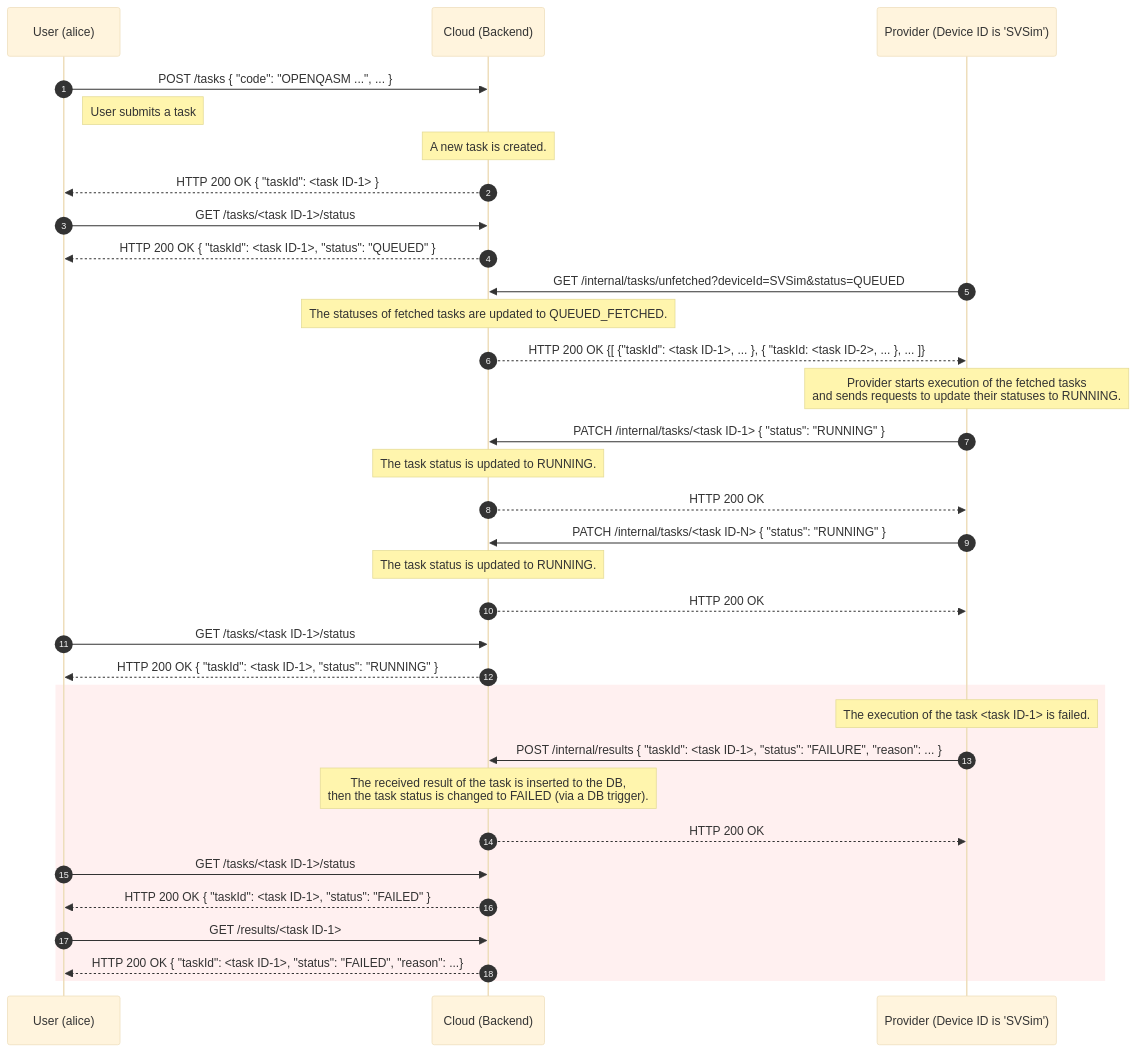
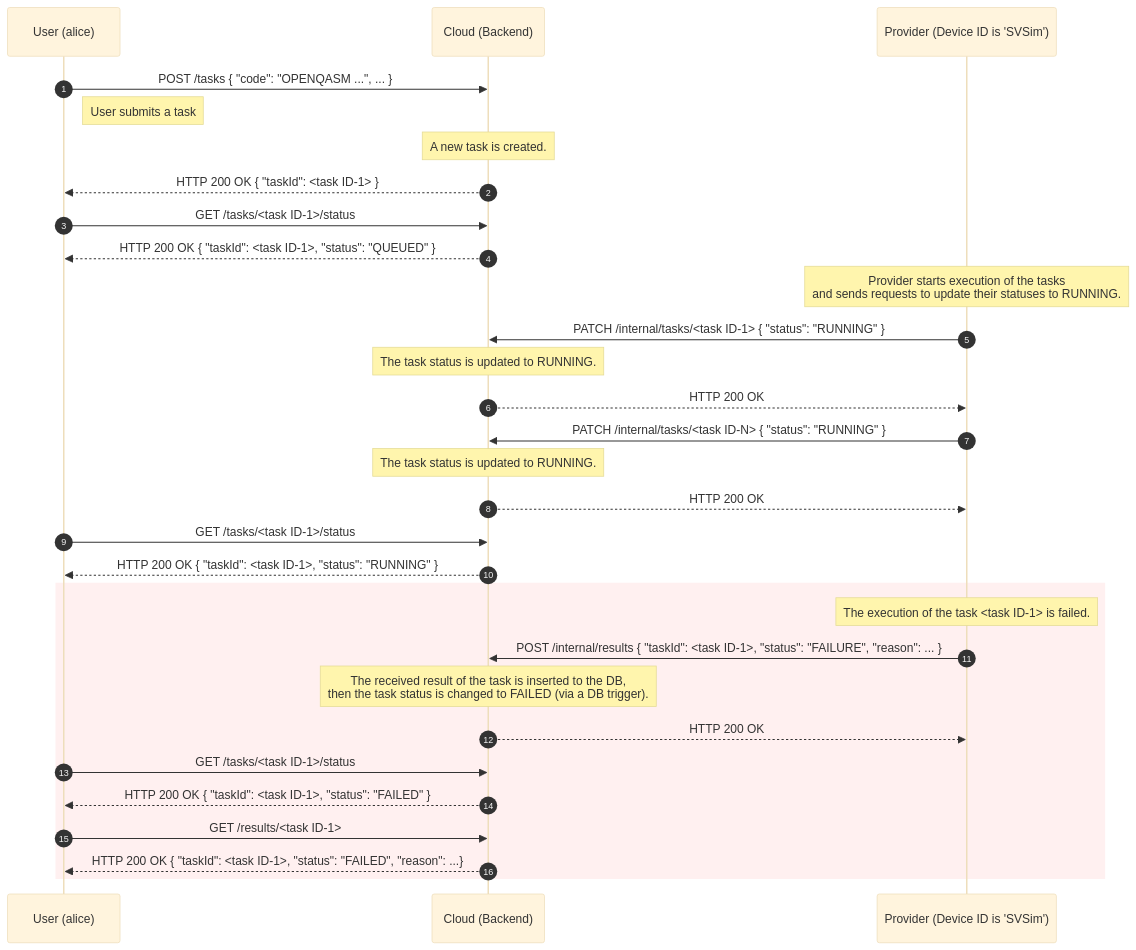
Before and after one commit to oqtopus-team/oqtopus-cloud: the second of 3 diagrams in docs/en/architecture/sequence_diagram.md, drawn with Mermaid (base theme). The commit also changed other lines of this file, not shown here.

Commit message:
refactor: delete of XXX_FETCHED

````diff
--- a/docs/en/architecture/sequence_diagram.md
+++ b/docs/en/architecture/sequence_diagram.md
@@ -92,44 +80,40 @@
 ```mermaid
 sequenceDiagram
     autonumber
     participant User as User (alice)
     participant Cloud as Cloud (Backend)
     participant Provider as Provider (Device ID is 'SVSim')
 
     User->>Cloud: POST /tasks { "code": "OPENQASM ...", ... }
     Note right of User: User submits a task
     Note over Cloud: A new task is created.
     Cloud-->>User: HTTP 200 OK { "taskId": <task ID-1> }
 
     User->>Cloud: GET /tasks/<task ID-1>/status
     Cloud-->>User: HTTP 200 OK { "taskId": <task ID-1>, "status": "QUEUED" }
 
-    Provider->>Cloud: GET /internal/tasks/unfetched?deviceId=SVSim&status=QUEUED
-    Note over Cloud: The statuses of fetched tasks are updated to QUEUED_FETCHED.
-    Cloud-->>Provider: HTTP 200 OK {[ {"taskId": <task ID-1>, ... }, { "taskId: <task ID-2>, ... }, ... ]}
-
-    Note over Provider: Provider starts execution of the fetched tasks<br>and sends requests to update their statuses to RUNNING.
+    Note over Provider: Provider starts execution of the tasks<br>and sends requests to update their statuses to RUNNING.
     Provider->>Cloud: PATCH /internal/tasks/<task ID-1> { "status": "RUNNING" }
     Note over Cloud: The task status is updated to RUNNING.
     Cloud-->>Provider: HTTP 200 OK
 
     Provider->>Cloud: PATCH /internal/tasks/<task ID-N> { "status": "RUNNING" }
     Note over Cloud: The task status is updated to RUNNING.
     Cloud-->>Provider: HTTP 200 OK
 
     User->>Cloud: GET /tasks/<task ID-1>/status
     Cloud-->>User: HTTP 200 OK { "taskId": <task ID-1>, "status": "RUNNING" }
 
     rect rgb(255, 240, 240)
         Note over Provider: The execution of the task <task ID-1> is failed.
         Provider->>Cloud: POST /internal/results { "taskId": <task ID-1>, "status": "FAILURE", "reason": ... }
         Note over Cloud: The received result of the task is inserted to the DB,<br> then the task status is changed to FAILED (via a DB trigger).
         Cloud-->>Provider: HTTP 200 OK
   
         User->>Cloud: GET /tasks/<task ID-1>/status
         Cloud-->>User: HTTP 200 OK { "taskId": <task ID-1>, "status": "FAILED" }
   
         User->>Cloud: GET /results/<task ID-1>
         Cloud-->>User: HTTP 200 OK { "taskId": <task ID-1>, "status": "FAILED", "reason": ...}
     end
 ```
````
